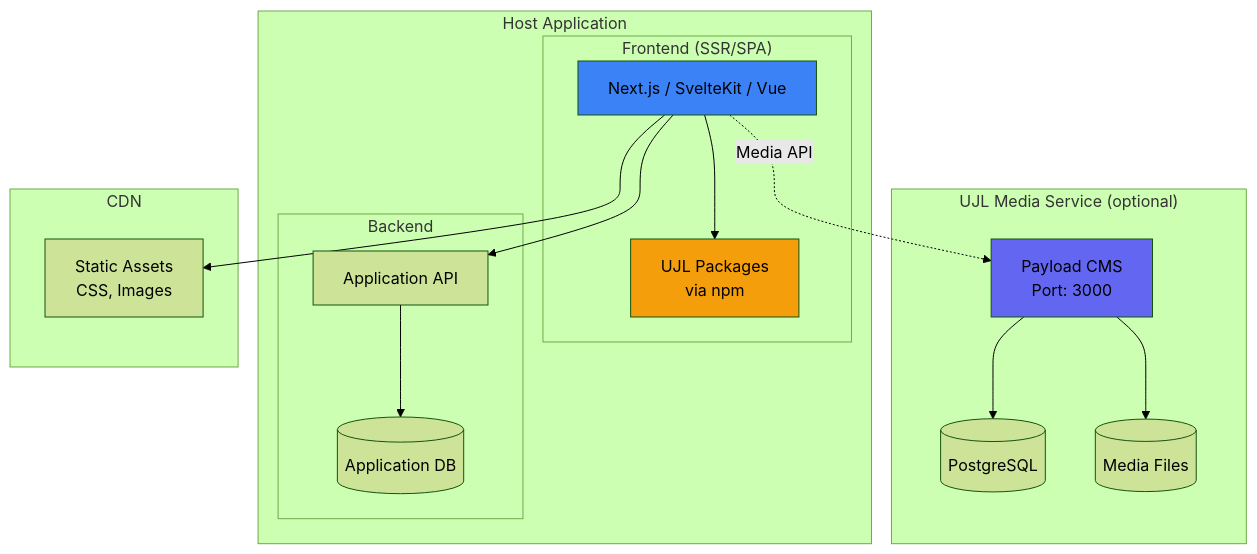
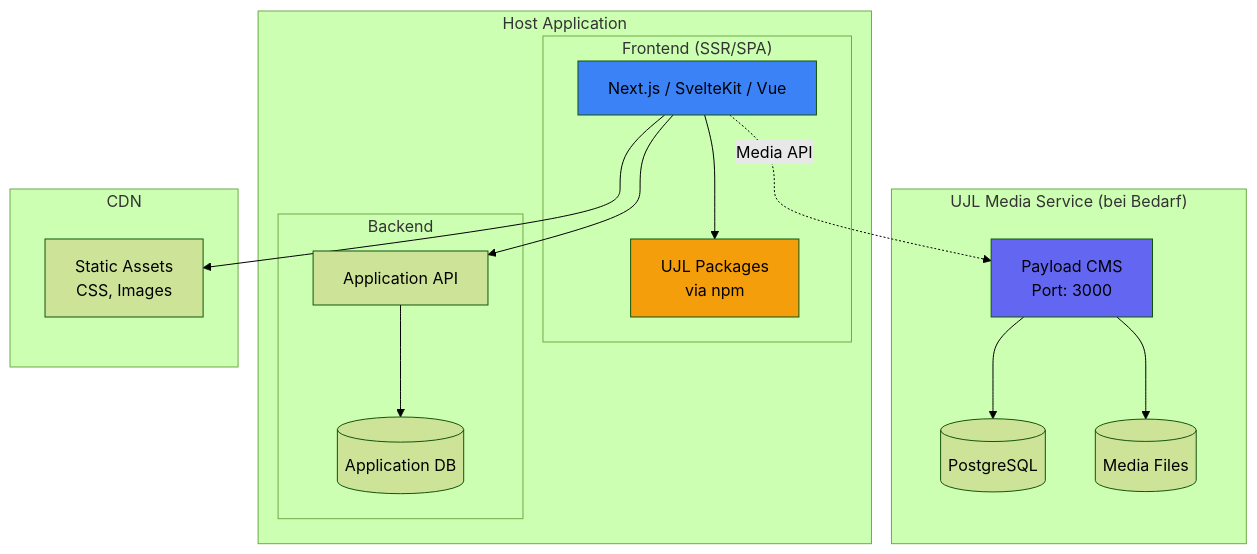
One commit to mainzcript/ujl changed the seventh of 12 diagrams in apps/docs/src/arc42/07-deployment-view.md. Above: the diagram before and after it, drawn with Mermaid (forest theme). The commit also changed other lines of this file and 18 other files, not shown here.

Commit message:
refactor: update documentation for UJL framework, enhancing clarity in vision, use cases, team roles, roadmap, and architectural decisions, while improving consistency and terminology across sections

````diff
--- a/apps/docs/src/arc42/07-deployment-view.md
+++ b/apps/docs/src/arc42/07-deployment-view.md
@@ -441,36 +441,36 @@
 ```mermaid
 graph TB
     subgraph "Host Application"
         subgraph "Frontend (SSR/SPA)"
             App[Next.js / SvelteKit / Vue]
             UJLPackages[UJL Packages<br/>via npm]
         end
 
         subgraph "Backend"
             API[Application API]
             DB[(Application DB)]
         end
     end
 
-    subgraph "UJL Media Service (optional)"
+    subgraph "UJL Media Service (bei Bedarf)"
         MediaAPI[Payload CMS<br/>Port: 3000]
         MediaDB[(PostgreSQL)]
         MediaFiles[(Media Files)]
     end
 
     subgraph "CDN"
         StaticAssets[Static Assets<br/>CSS, Images]
     end
 
     App --> UJLPackages
     App --> API
     API --> DB
     App -.->|Media API| MediaAPI
     MediaAPI --> MediaDB
     MediaAPI --> MediaFiles
     App --> StaticAssets
 
     style App fill:#3b82f6
     style UJLPackages fill:#f59e0b
     style MediaAPI fill:#6366f1
 ```
````
